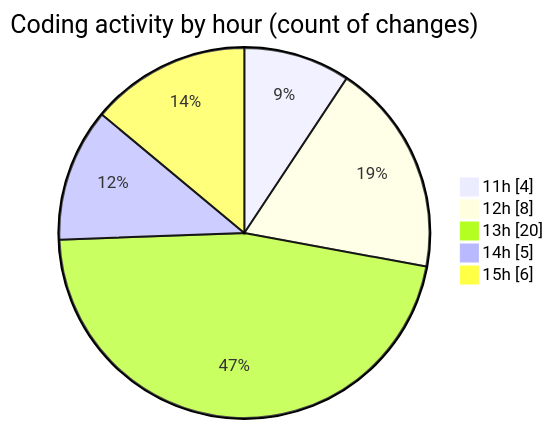
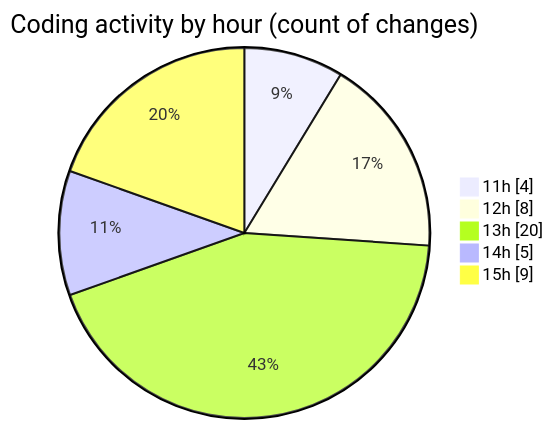
Before and after one commit to momahboobian/code-tracking: the second of 2 diagrams in 2025-08-07/cda/README.md, drawn with Mermaid. The commit also changed other lines of this file and 1 other file, not shown here.

````diff
--- a/2025-08-07/cda/README.md
+++ b/2025-08-07/cda/README.md
@@ -29,9 +29,9 @@
 ```mermaid
 pie showData
 title Coding activity by hour (count of changes)
 "11h" : 4
 "12h" : 8
 "13h" : 20
 "14h" : 5
-"15h" : 6
+"15h" : 9
 ```
````
